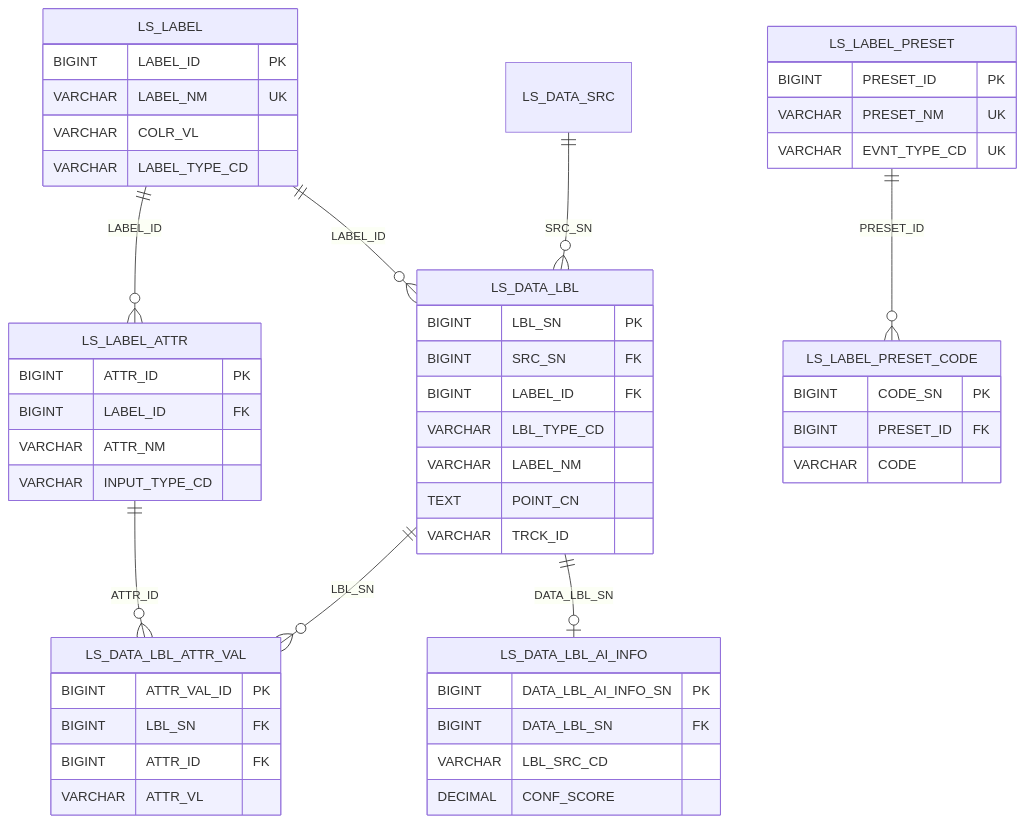
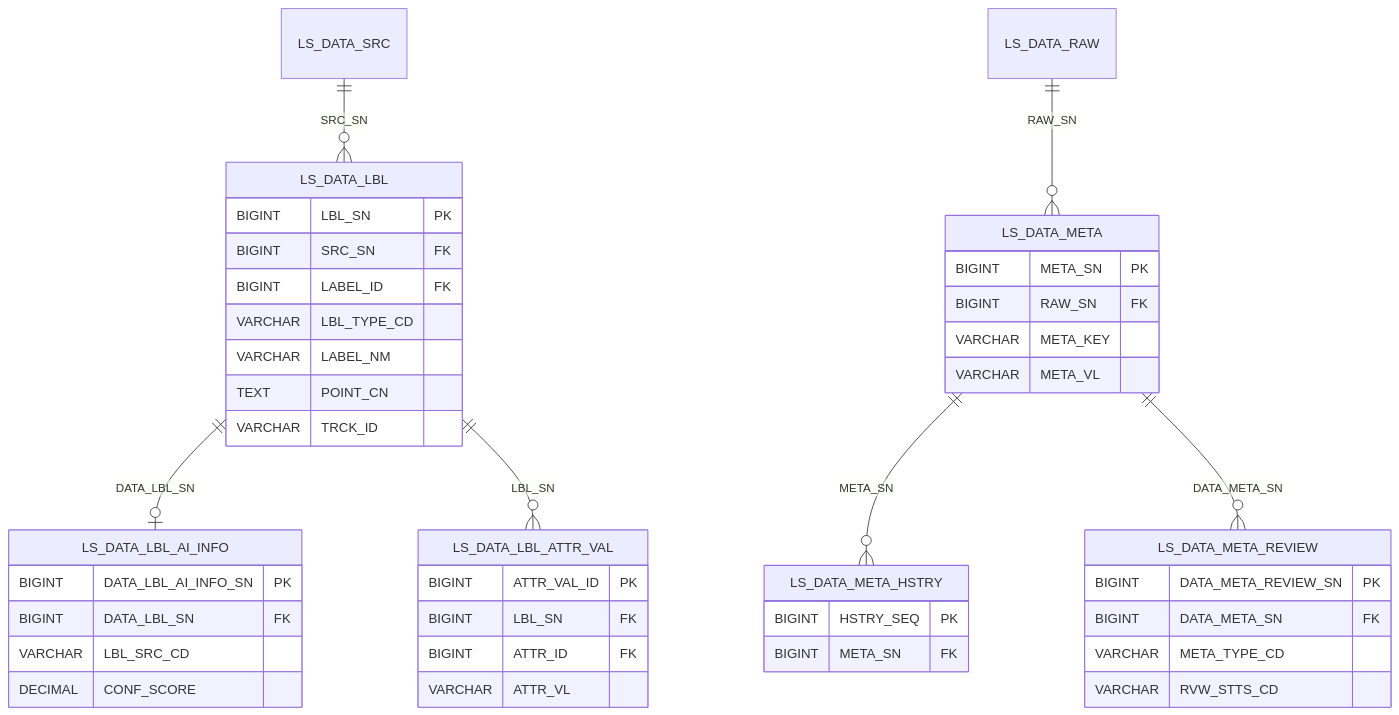
One commit to New-stella/klid-label changed the second of 12 diagrams in docs/design/D8-엔티티관계모형설계서.md. Above: the diagram before and after it, drawn with Mermaid. The commit also changed other lines of this file and 36 other files, not shown here.

````diff
--- a/docs/design/D8-엔티티관계모형설계서.md
+++ b/docs/design/D8-엔티티관계모형설계서.md
@@ -86,54 +94,47 @@
 ```mermaid
 erDiagram
     LS_DATA_SRC ||--o{ LS_DATA_LBL : "SRC_SN"
-    LS_LABEL ||--o{ LS_DATA_LBL : "LABEL_ID"
-    LS_LABEL ||--o{ LS_LABEL_ATTR : "LABEL_ID"
+    LS_DATA_LBL ||--o| LS_DATA_LBL_AI_INFO : "DATA_LBL_SN"
     LS_DATA_LBL ||--o{ LS_DATA_LBL_ATTR_VAL : "LBL_SN"
-    LS_LABEL_ATTR ||--o{ LS_DATA_LBL_ATTR_VAL : "ATTR_ID"
-    LS_DATA_LBL ||--o| LS_DATA_LBL_AI_INFO : "DATA_LBL_SN"
-    LS_LABEL_PRESET ||--o{ LS_LABEL_PRESET_CODE : "PRESET_ID"
+    LS_DATA_RAW ||--o{ LS_DATA_META : "RAW_SN"
+    LS_DATA_META ||--o{ LS_DATA_META_HSTRY : "META_SN"
+    LS_DATA_META ||--o{ LS_DATA_META_REVIEW : "DATA_META_SN"
 
-    LS_LABEL {
-        BIGINT LABEL_ID PK
-        VARCHAR LABEL_NM UK
-        VARCHAR COLR_VL
-        VARCHAR LABEL_TYPE_CD
-    }
     LS_DATA_LBL {
         BIGINT LBL_SN PK
         BIGINT SRC_SN FK
         BIGINT LABEL_ID FK
         VARCHAR LBL_TYPE_CD
         VARCHAR LABEL_NM
         TEXT POINT_CN
         VARCHAR TRCK_ID
     }
-    LS_LABEL_ATTR {
-        BIGINT ATTR_ID PK
-        BIGINT LABEL_ID FK
-        VARCHAR ATTR_NM
-        VARCHAR INPUT_TYPE_CD
+    LS_DATA_LBL_AI_INFO {
+        BIGINT DATA_LBL_AI_INFO_SN PK
+        BIGINT DATA_LBL_SN FK
+        VARCHAR LBL_SRC_CD
+        DECIMAL CONF_SCORE
     }
     LS_DATA_LBL_ATTR_VAL {
         BIGINT ATTR_VAL_ID PK
         BIGINT LBL_SN FK
         BIGINT ATTR_ID FK
         VARCHAR ATTR_VL
     }
-    LS_DATA_LBL_AI_INFO {
-        BIGINT DATA_LBL_AI_INFO_SN PK
-        BIGINT DATA_LBL_SN FK
-        VARCHAR LBL_SRC_CD
-        DECIMAL CONF_SCORE
+    LS_DATA_META {
+        BIGINT META_SN PK
+        BIGINT RAW_SN FK
+        VARCHAR META_KEY
+        VARCHAR META_VL
     }
-    LS_LABEL_PRESET {
-        BIGINT PRESET_ID PK
-        VARCHAR PRESET_NM UK
-        VARCHAR EVNT_TYPE_CD UK
+    LS_DATA_META_HSTRY {
+        BIGINT HSTRY_SEQ PK
+        BIGINT META_SN FK
     }
-    LS_LABEL_PRESET_CODE {
-        BIGINT CODE_SN PK
-        BIGINT PRESET_ID FK
-        VARCHAR CODE
+    LS_DATA_META_REVIEW {
+        BIGINT DATA_META_REVIEW_SN PK
+        BIGINT DATA_META_SN FK
+        VARCHAR META_TYPE_CD
+        VARCHAR RVW_STTS_CD
     }
 ```
````
